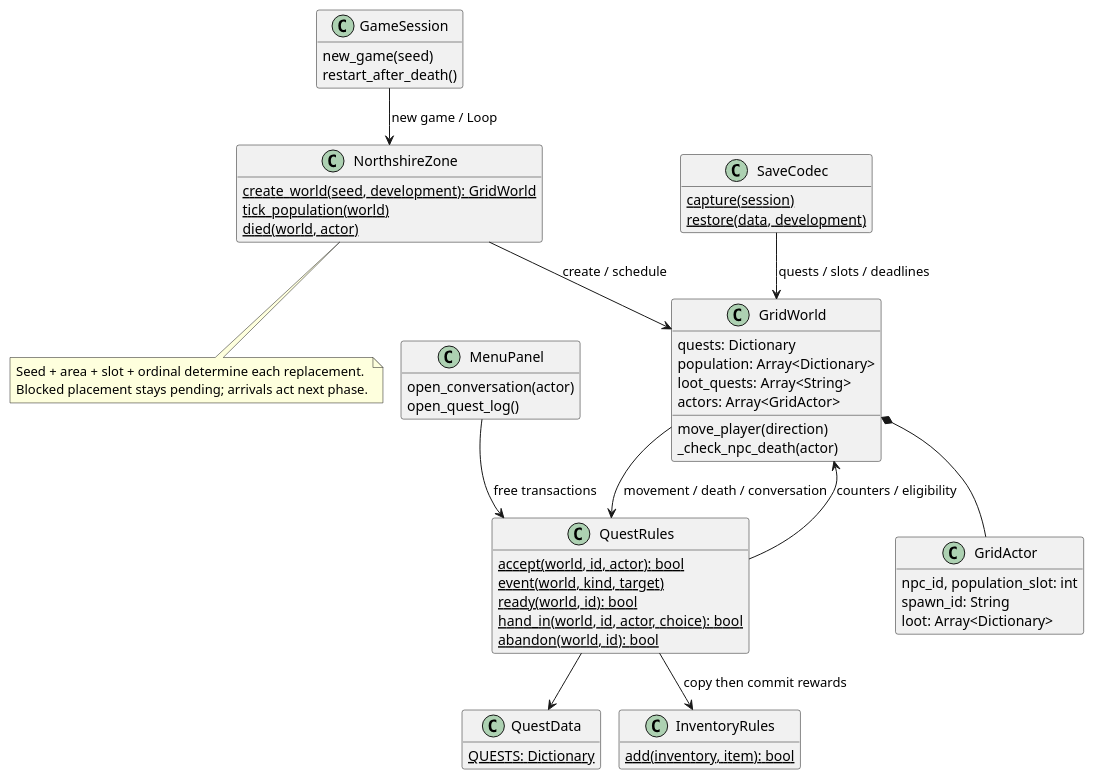
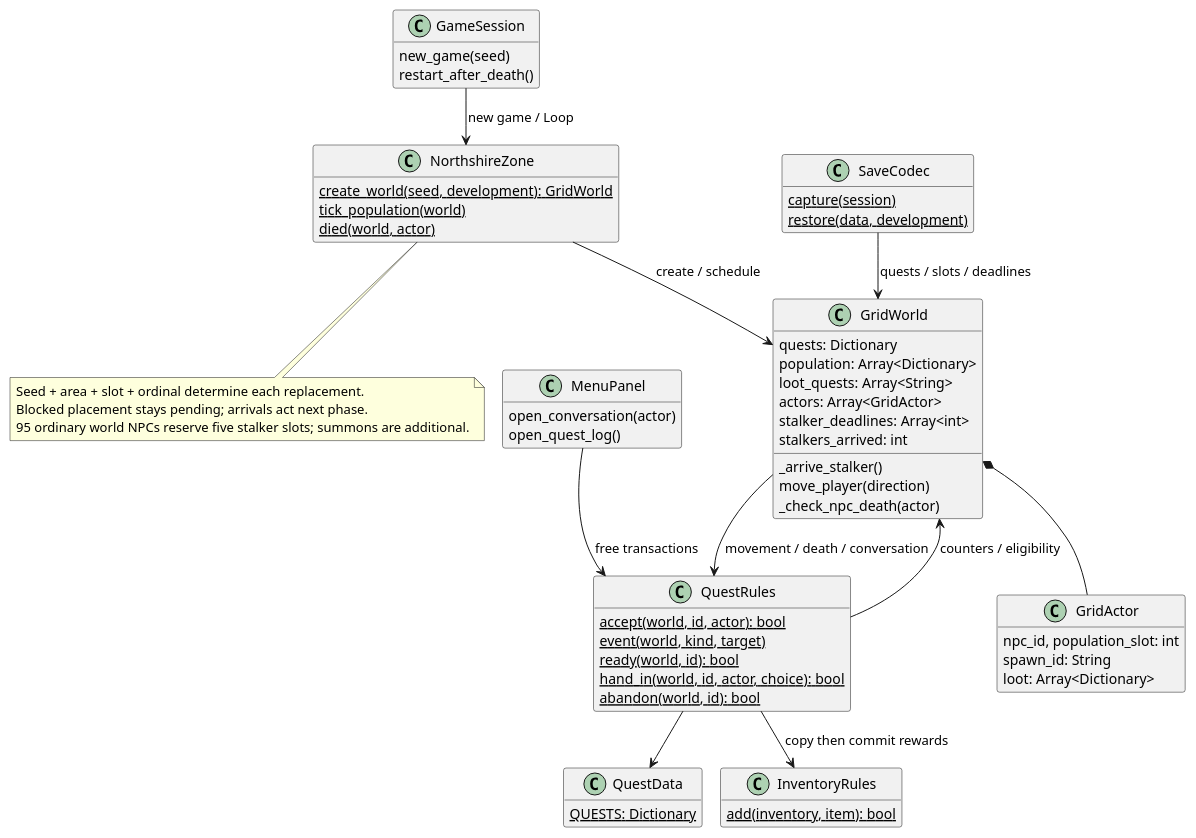
The diagram in docs/architecture/classes/northshire.puml (VHonzik/Ostinato), drawn with PlantUML before and after one commit. The commit also changed 16 other files, not shown here.

```diff
--- a/docs/architecture/classes/northshire.puml
+++ b/docs/architecture/classes/northshire.puml
@@ -1,62 +1,66 @@
 @startuml
 !pragma layout smetana
 skinparam shadowing false
 skinparam classAttributeIconSize 0
 hide empty members
 class GameSession {
   new_game(seed)
   restart_after_death()
 }
 class NorthshireZone {
   {static} create_world(seed, development): GridWorld
   {static} tick_population(world)
   {static} died(world, actor)
 }
 class GridWorld {
   quests: Dictionary
   population: Array<Dictionary>
   loot_quests: Array<String>
   actors: Array<GridActor>
+  stalker_deadlines: Array<int>
+  stalkers_arrived: int
+  _arrive_stalker()
   move_player(direction)
   _check_npc_death(actor)
 }
 class GridActor {
   npc_id, population_slot: int
   spawn_id: String
   loot: Array<Dictionary>
 }
 class QuestData {
   {static} QUESTS: Dictionary
 }
 class QuestRules {
   {static} accept(world, id, actor): bool
   {static} event(world, kind, target)
   {static} ready(world, id): bool
   {static} hand_in(world, id, actor, choice): bool
   {static} abandon(world, id): bool
 }
 class MenuPanel {
   open_conversation(actor)
   open_quest_log()
 }
 class InventoryRules {
   {static} add(inventory, item): bool
 }
 class SaveCodec {
   {static} capture(session)
   {static} restore(data, development)
 }
 GameSession --> NorthshireZone : new game / Loop
 NorthshireZone --> GridWorld : create / schedule
 GridWorld *-- GridActor
 GridWorld --> QuestRules : movement / death / conversation
 MenuPanel --> QuestRules : free transactions
 QuestRules --> QuestData
 QuestRules --> GridWorld : counters / eligibility
 QuestRules --> InventoryRules : copy then commit rewards
 SaveCodec --> GridWorld : quests / slots / deadlines
 note bottom of NorthshireZone
 Seed + area + slot + ordinal determine each replacement.
 Blocked placement stays pending; arrivals act next phase.
+95 ordinary world NPCs reserve five stalker slots; summons are additional.
 end note
 @enduml
```
